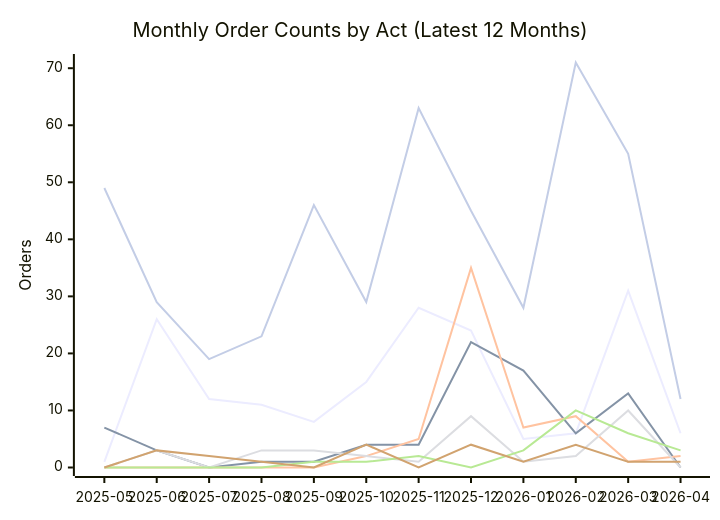
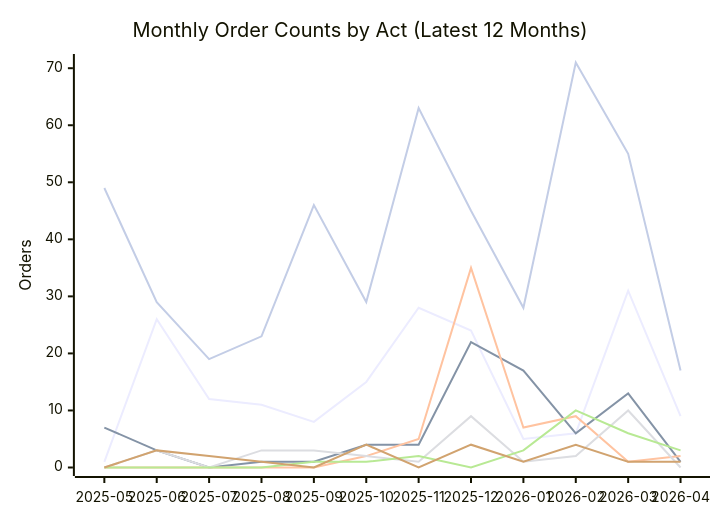
One commit to PatLittle/oic-data changed the second of 2 diagrams in README.md. Above: the diagram before and after it, drawn with Mermaid. The commit also changed other lines of this file and 19 other files, not shown here.

````diff
--- a/README.md
+++ b/README.md
@@ -71,13 +71,13 @@
 ```mermaid
 xychart-beta
     title "Monthly Order Counts by Act (Latest 12 Months)"
     x-axis ["2025-05", "2025-06", "2025-07", "2025-08", "2025-09", "2025-10", "2025-11", "2025-12", "2026-01", "2026-02", "2026-03", "2026-04"]
     y-axis "Orders" 0 --> 71
-    line [1, 26, 12, 11, 8, 15, 28, 24, 5, 6, 31, 6]
-    line [7, 3, 0, 1, 1, 4, 4, 22, 17, 6, 13, 0]
+    line [1, 26, 12, 11, 8, 15, 28, 24, 5, 6, 31, 9]
+    line [7, 3, 0, 1, 1, 4, 4, 22, 17, 6, 13, 1]
     line [0, 0, 0, 0, 0, 2, 5, 35, 7, 9, 1, 2]
     line [0, 3, 0, 3, 3, 2, 1, 9, 1, 2, 10, 0]
     line [0, 0, 0, 0, 1, 1, 2, 0, 3, 10, 6, 3]
     line [0, 3, 2, 1, 0, 4, 0, 4, 1, 4, 1, 1]
-    line [49, 29, 19, 23, 46, 29, 63, 45, 28, 71, 55, 12]
+    line [49, 29, 19, 23, 46, 29, 63, 45, 28, 71, 55, 17]
 ```
````
